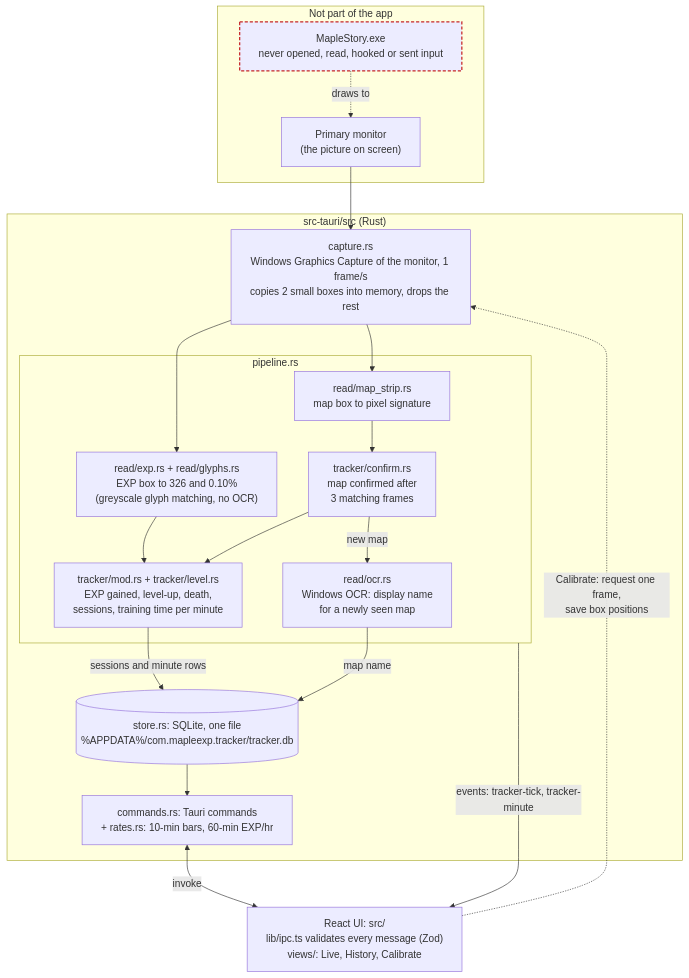
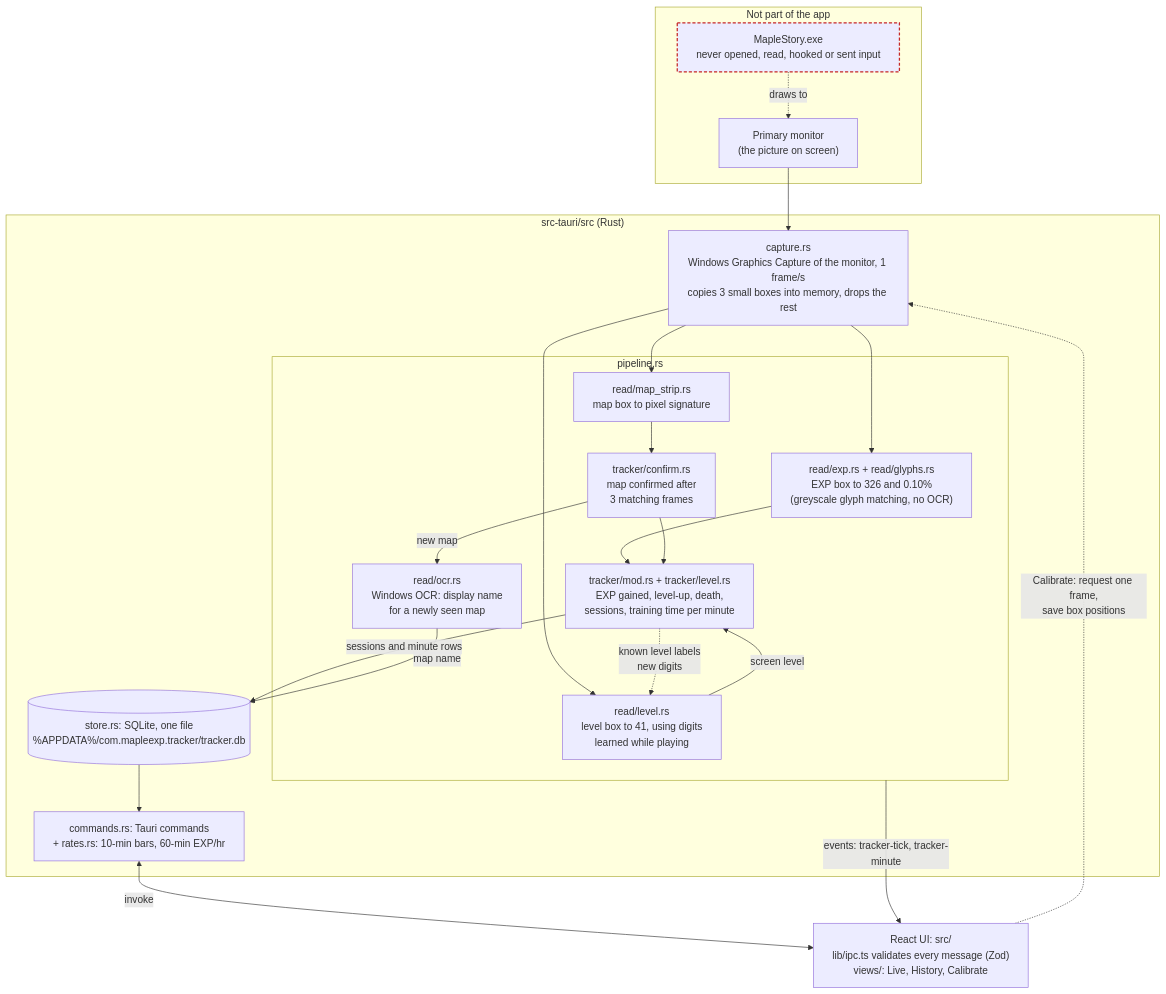
The diagram in README.md (Kwuasimoto/classic-exp-tracker), drawn with Mermaid before and after one commit. The commit also changed other lines of this file and 13 other files, not shown here.

First line of the commit message:
feat: level box that learns its digits while you play

````diff
--- a/README.md
+++ b/README.md
@@ -9,43 +9,47 @@
 ```mermaid
 %%{init: {"flowchart": {"wrappingWidth": 320}}}%%
 flowchart TB
     subgraph outside["Not part of the app"]
         game["MapleStory.exe<br/>never opened, read, hooked or sent input"]
         monitor["Primary monitor<br/>(the picture on screen)"]
         game -. "draws to" .-> monitor
     end
 
     subgraph backend["src-tauri/src (Rust)"]
-        capture["capture.rs<br/>Windows Graphics Capture of the monitor, 1 frame/s<br/>copies 2 small boxes into memory, drops the rest"]
+        capture["capture.rs<br/>Windows Graphics Capture of the monitor, 1 frame/s<br/>copies 3 small boxes into memory, drops the rest"]
 
         subgraph pipeline["pipeline.rs"]
             exp["read/exp.rs + read/glyphs.rs<br/>EXP box to 326 and 0.10%<br/>(greyscale glyph matching, no OCR)"]
             strip["read/map_strip.rs<br/>map box to pixel signature"]
+            lvl["read/level.rs<br/>level box to 41, using digits<br/>learned while playing"]
             confirm["tracker/confirm.rs<br/>map confirmed after<br/>3 matching frames"]
             ocr["read/ocr.rs<br/>Windows OCR: display name<br/>for a newly seen map"]
             track["tracker/mod.rs + tracker/level.rs<br/>EXP gained, level-up, death,<br/>sessions, training time per minute"]
         end
 
         store[("store.rs: SQLite, one file<br/>%APPDATA%/com.mapleexp.tracker/tracker.db")]
         commands["commands.rs: Tauri commands<br/>+ rates.rs: 10-min bars, 60-min EXP/hr"]
     end
 
     ui["React UI: src/<br/>lib/ipc.ts validates every message (Zod)<br/>views/: Live, History, Calibrate"]
 
     monitor --> capture
     capture --> exp
     capture --> strip
+    capture --> lvl
+    lvl -- "screen level" --> track
+    track -. "known level labels<br/>new digits" .-> lvl
     strip --> confirm
     confirm -- "new map" --> ocr
     exp --> track
     confirm --> track
     track -- "sessions and minute rows" --> store
     ocr -- "map name" --> store
     store --> commands
     commands <-- "invoke" --> ui
     pipeline -- "events: tracker-tick, tracker-minute" --> ui
     ui -. "Calibrate: request one frame,<br/>save box positions" .-> capture
 
     classDef offlimits stroke:#c62828,stroke-width:2px,stroke-dasharray:5 3
     class game offlimits
 ```
````
